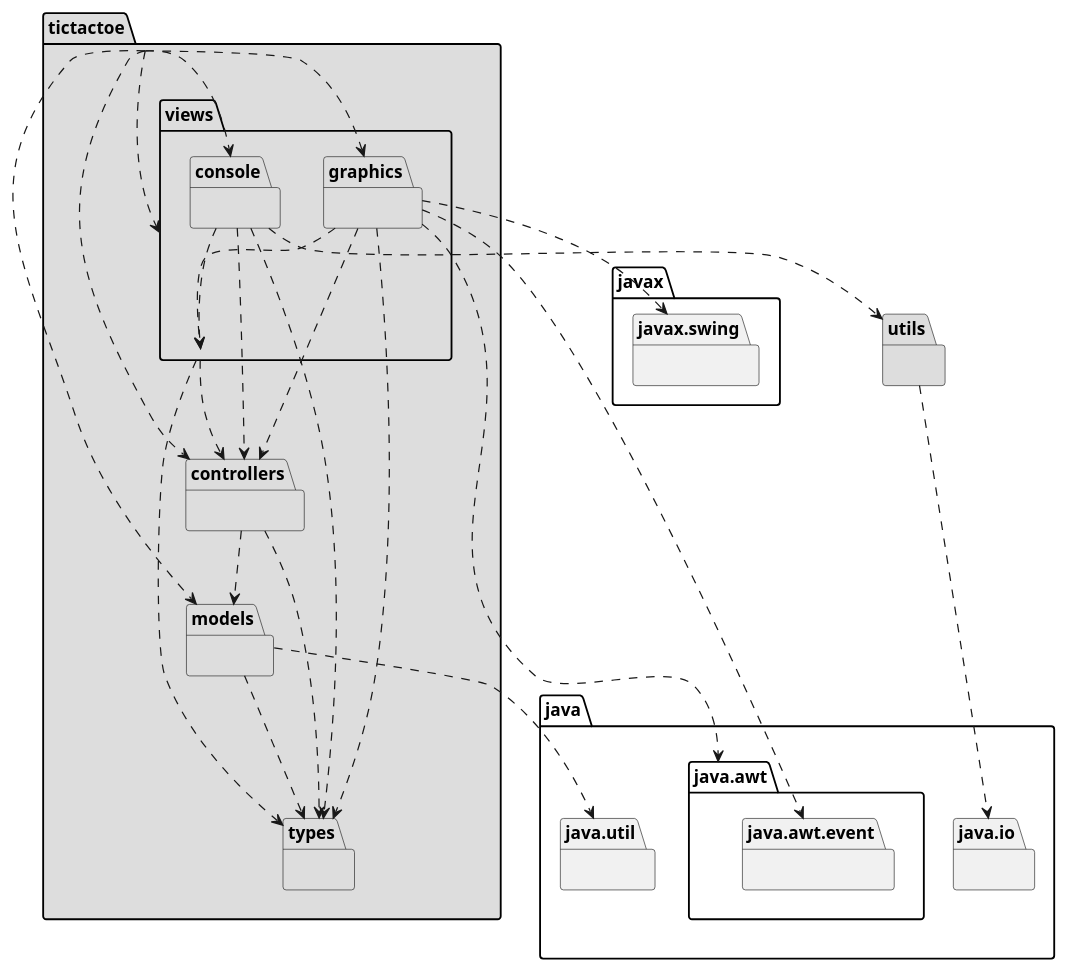
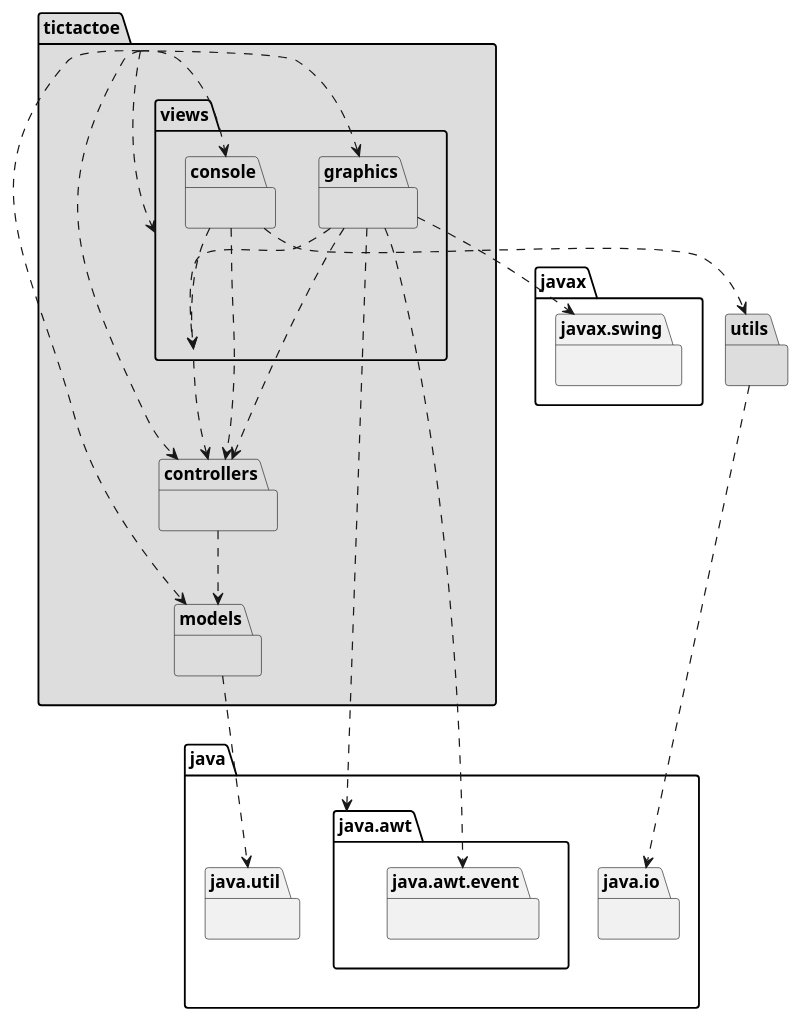
The first of 4 diagrams in docs/src/docs/asciidoc/index.adoc (x-USantaTecla-game-ticTacToe/java), drawn with PlantUML before and after one commit. The commit also changed other lines of this file and 14 other files, not shown here.

```diff
--- a/docs/src/docs/asciidoc/index.adoc
+++ b/docs/src/docs/asciidoc/index.adoc
@@ -36,46 +36,40 @@
 [plantuml,arquitecturaVersion5,svg]
 ....
 
 package tictactoe #DDDDDD { } 
 tictactoe .down.> tictactoe.views.graphics
 tictactoe .down.> tictactoe.models
 tictactoe .down.> tictactoe.views.console
 tictactoe .down.> tictactoe.controllers
 tictactoe .down.> tictactoe.views
 
 package tictactoe.controllers #DDDDDD { } 
 tictactoe.controllers .down.> tictactoe.models
-tictactoe.controllers .down.> tictactoe.types
 
 package tictactoe.models #DDDDDD { }
-package tictactoe.types #DDDDDD { }  
 package java.util{ }
 tictactoe.models .down.> java.util
-tictactoe.models .down.> tictactoe.types
 
 package utils #DDDDDD { } 
 package java.io{ }
 utils .down.> java.io
 
 package tictactoe.views #DDDDDD { } 
 tictactoe.views .down.> tictactoe.controllers
-tictactoe.views .down.> tictactoe.types
 
 package tictactoe.views.console #DDDDDD { } 
 tictactoe.views.console .down.> tictactoe.views
 tictactoe.views.console .down.> tictactoe.controllers 
 tictactoe.views.console .down.> utils
-tictactoe.views.console .down.> tictactoe.types
 
 package tictactoe.views.graphics #DDDDDD { } 
 package java.awt{ }
 tictactoe.views.graphics .down.> java.awt
 package java.awt.event{ }
 tictactoe.views.graphics .down.> java.awt.event
 tictactoe.views.graphics .down.> tictactoe.views
 tictactoe.views.graphics .down.> tictactoe.controllers 
-tictactoe.views.graphics .down.> tictactoe.types
 package javax.swing{ }
 tictactoe.views.graphics .down.> javax.swing
 
 ....
```
